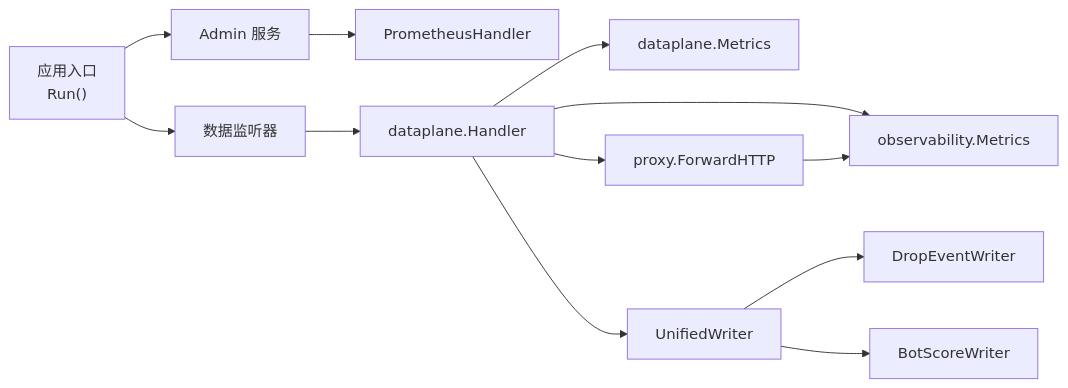
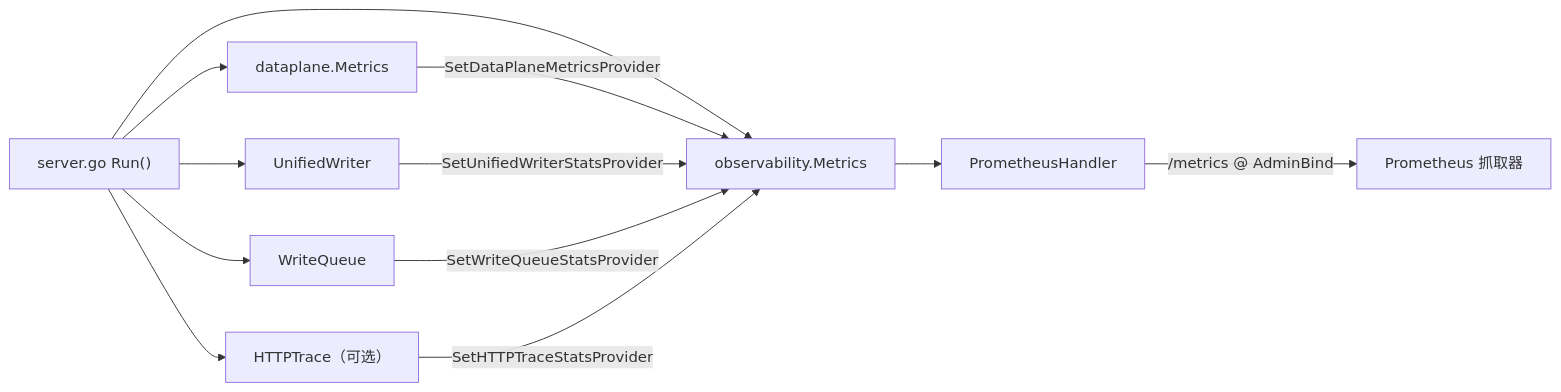
Before and after one commit to x01n/My-OpenWaf: the fifth of 5 diagrams in docs/监控与可观测性/性能指标收集.md, drawn with Mermaid. The commit also changed other lines of this file and 622 other files, not shown here.

````diff
--- a/docs/监控与可观测性/性能指标收集.md
+++ b/docs/监控与可观测性/性能指标收集.md
@@ -404,14 +313,14 @@
 ```mermaid
 graph LR
-App["应用入口<br/>Run()"] --> Admin["Admin 服务"]
-App --> Data["数据监听器"]
-Admin --> Prom["PrometheusHandler"]
-Data --> Handler["dataplane.Handler"]
-Handler --> MetricsDP["dataplane.Metrics"]
-Handler --> Proxy["proxy.ForwardHTTP"]
-Handler --> MetricsCtrl["observability.Metrics"]
-Handler --> UE["UnifiedWriter"]
-UE --> DEW["DropEventWriter"]
-UE --> BSW["BotScoreWriter"]
-Proxy --> MetricsCtrl
+App["server.go Run()"] --> PM["observability.Metrics"]
+App --> DPM["dataplane.Metrics"]
+App --> UW["UnifiedWriter"]
+App --> WQ["WriteQueue"]
+App --> HCT["HTTPTrace（可选）"]
+DPM -->|SetDataPlaneMetricsProvider| PM
+UW -->|SetUnifiedWriterStatsProvider| PM
+WQ -->|SetWriteQueueStatsProvider| PM
+HCT -->|SetHTTPTraceStatsProvider| PM
+PM --> PH["PrometheusHandler"]
+PH -->|"/metrics @ AdminBind"| EXT["Prometheus 抓取器"]
 ```
````
